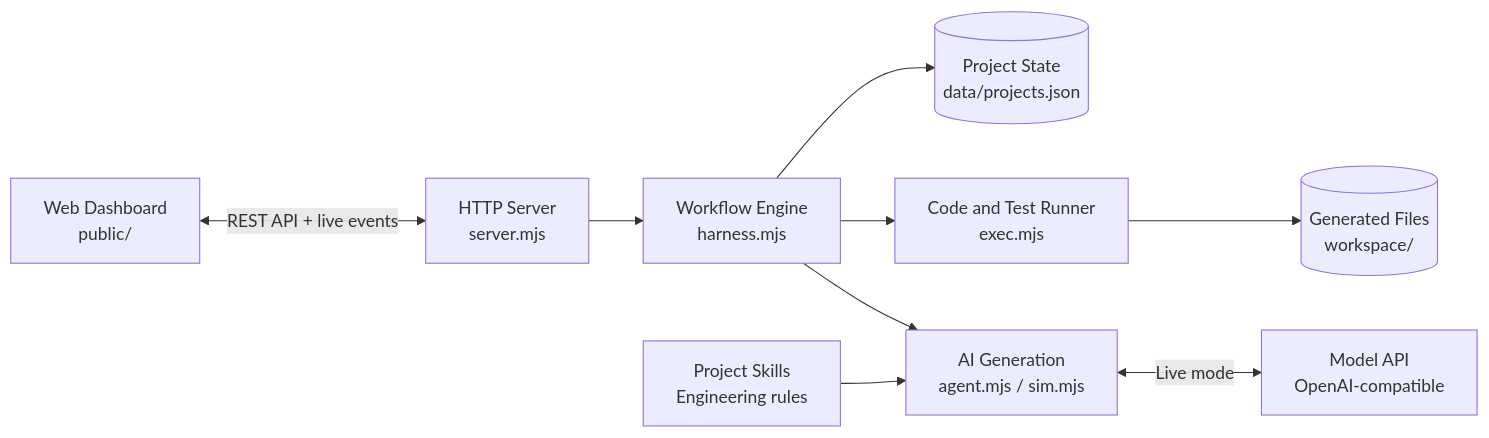
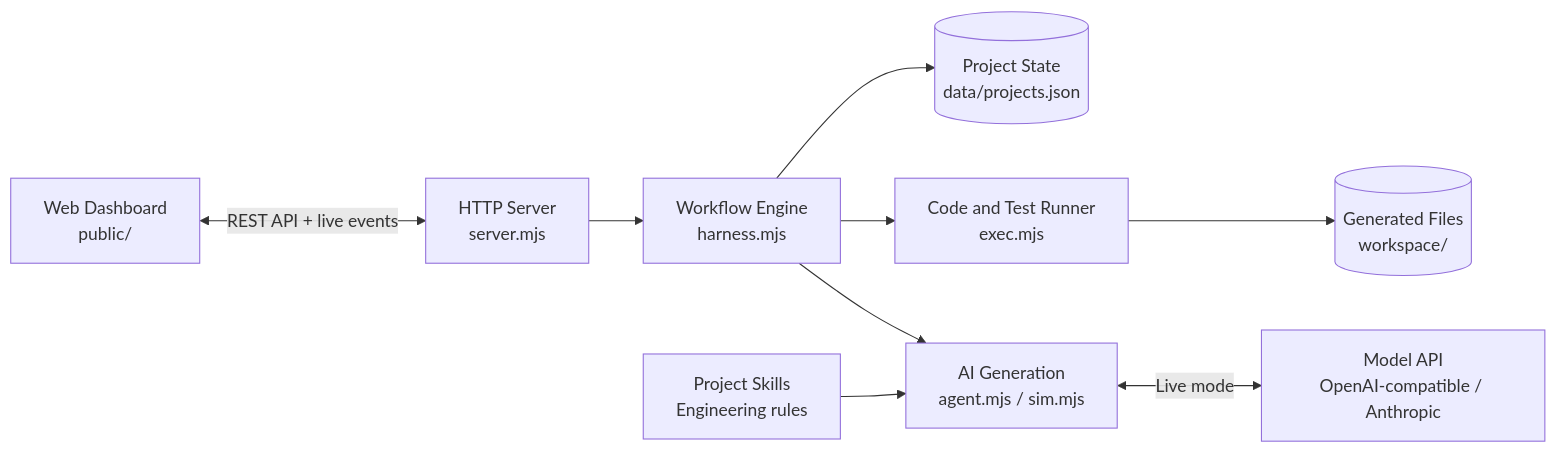
Before and after one commit to winds198912121/ai-platform-private: the first of 2 diagrams in README.md, drawn with Mermaid. The commit also changed other lines of this file and 2 other files, not shown here.

````diff
--- a/README.md
+++ b/README.md
@@ -26,11 +26,11 @@
 ```mermaid
 flowchart LR
     UI["Web Dashboard<br/>public/"] <-->|"REST API + live events"| HTTP["HTTP Server<br/>server.mjs"]
     HTTP --> Flow["Workflow Engine<br/>harness.mjs"]
     Flow --> AI["AI Generation<br/>agent.mjs / sim.mjs"]
     Flow --> Run["Code and Test Runner<br/>exec.mjs"]
     Skills["Project Skills<br/>Engineering rules"] --> AI
-    AI <-->|"Live mode"| LLM["Model API<br/>OpenAI-compatible"]
+    AI <-->|"Live mode"| LLM["Model API<br/>OpenAI-compatible / Anthropic"]
     Flow --> State[("Project State<br/>data/projects.json")]
     Run --> Workspace[("Generated Files<br/>workspace/")]
 ```
````
